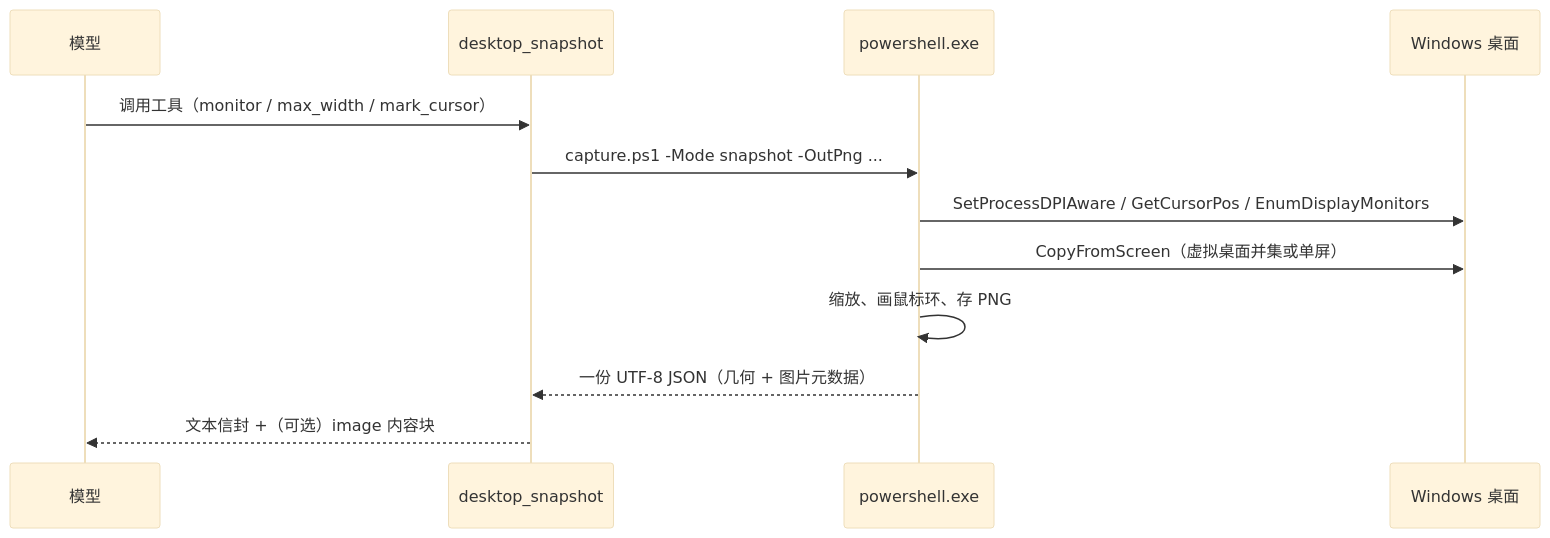
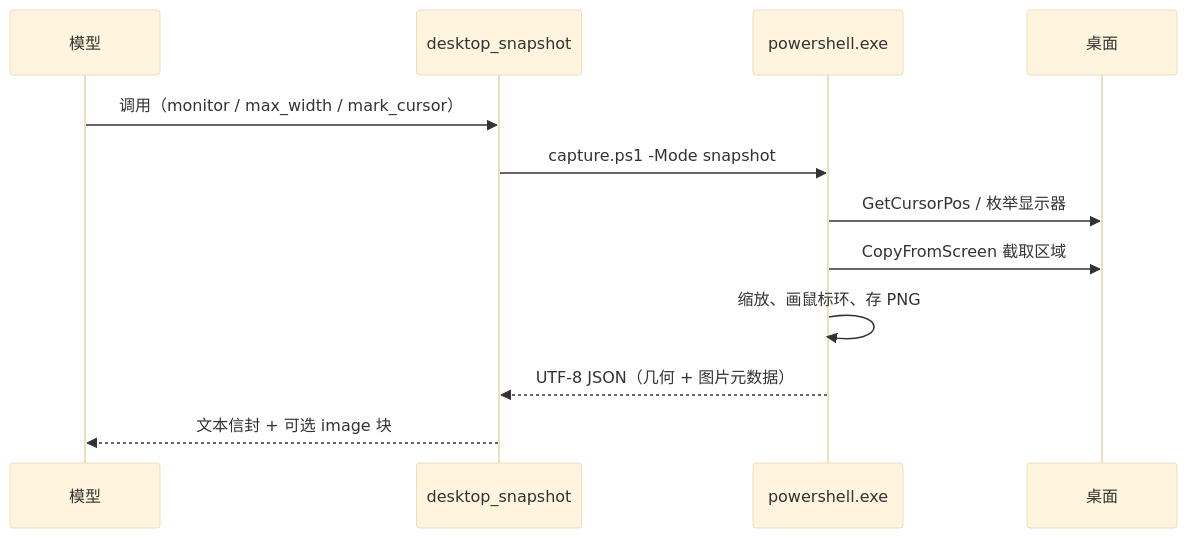
Before and after one commit to videndi/dsh-desktop-view: the diagram in README.md, drawn with Mermaid (base theme). The commit also changed 1 other file, not shown here.

Commit message:
docs: keep the sequence diagram narrow so GitHub renders it unclipped

````diff
--- a/README.md
+++ b/README.md
@@ -85,14 +85,14 @@
 ```mermaid
 sequenceDiagram
     participant M as 模型
     participant T as desktop_snapshot
     participant P as powershell.exe
-    participant D as Windows 桌面
-    M->>T: 调用工具（monitor / max_width / mark_cursor）
-    T->>P: capture.ps1 -Mode snapshot -OutPng ...
-    P->>D: SetProcessDPIAware / GetCursorPos / EnumDisplayMonitors
-    P->>D: CopyFromScreen（虚拟桌面并集或单屏）
+    participant D as 桌面
+    M->>T: 调用（monitor / max_width / mark_cursor）
+    T->>P: capture.ps1 -Mode snapshot
+    P->>D: GetCursorPos / 枚举显示器
+    P->>D: CopyFromScreen 截取区域
     P->>P: 缩放、画鼠标环、存 PNG
-    P-->>T: 一份 UTF-8 JSON（几何 + 图片元数据）
-    T-->>M: 文本信封 +（可选）image 内容块
+    P-->>T: UTF-8 JSON（几何 + 图片元数据）
+    T-->>M: 文本信封 + 可选 image 块
 ```
````
